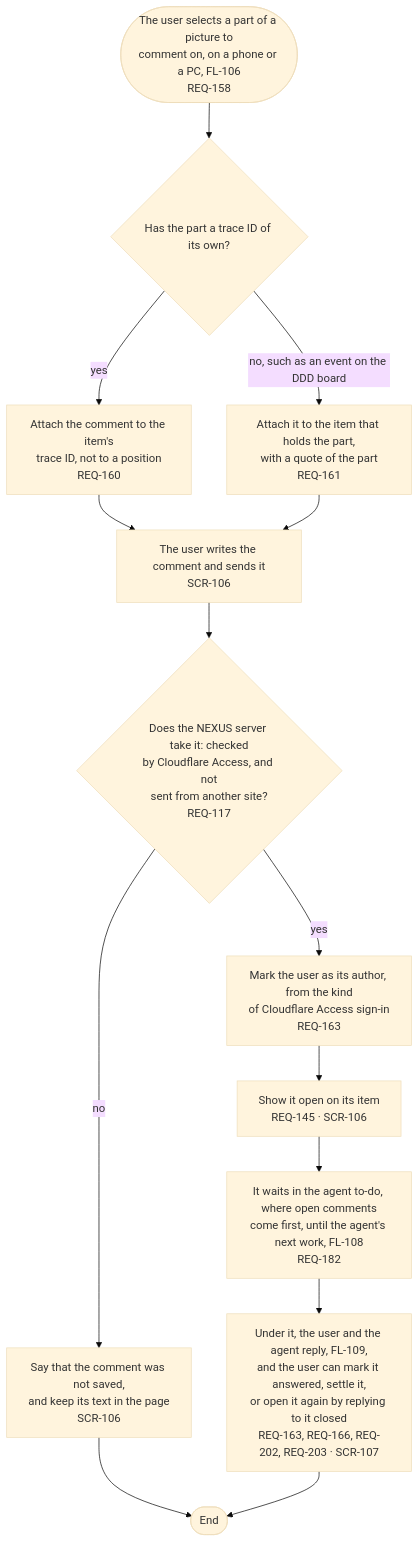
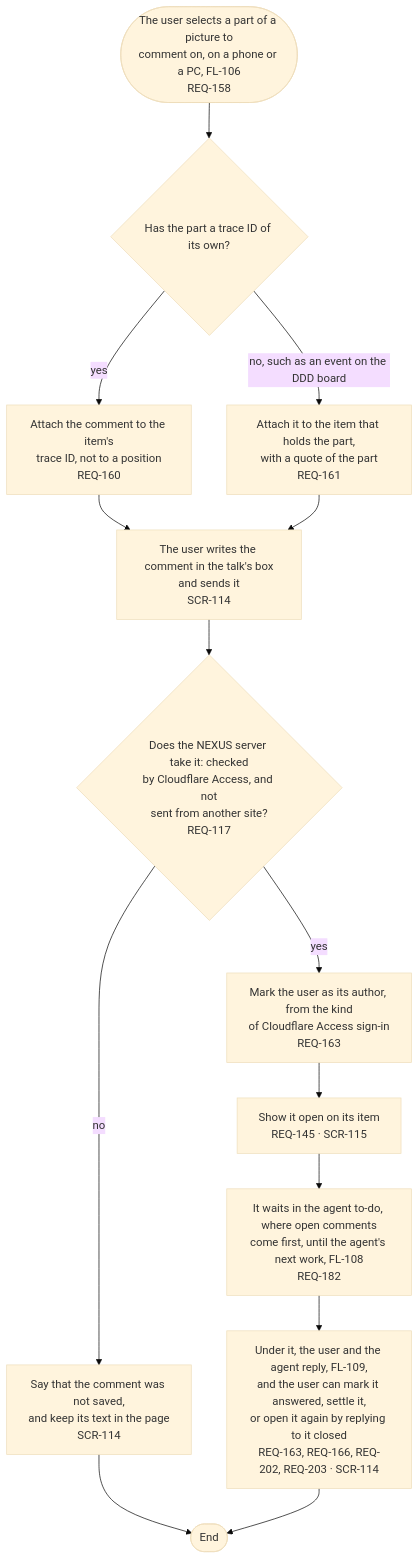
Before and after one commit to kodonghui/corthex-nexus: the diagram in docs/03-user-flow/nexus/FL-107-leave-a-comment.md, drawn with Mermaid (base theme). The commit also changed other lines of this file and 19 other files, not shown here.

First line of the commit message:
docs(nexus): remove 0.2's screens from the sitemap and name the redesign's in five flows (TASK-278)

````diff
--- a/docs/03-user-flow/nexus/FL-107-leave-a-comment.md
+++ b/docs/03-user-flow/nexus/FL-107-leave-a-comment.md
@@ -9,16 +9,16 @@
 ```mermaid
 flowchart TD
   A(["The user selects a part of a picture to<br/>comment on, on a phone or a PC, FL-106<br/>REQ-158"]) --> B{"Has the part a trace ID of its own?"}
   B -->|yes| C["Attach the comment to the item's<br/>trace ID, not to a position<br/>REQ-160"]
   B -->|no, such as an event on the DDD board| D["Attach it to the item that holds the part,<br/>with a quote of the part<br/>REQ-161"]
-  C --> E["The user writes the comment and sends it<br/>SCR-106"]
+  C --> E["The user writes the comment in the talk's box<br/>and sends it<br/>SCR-114"]
   D --> E
   E --> F{"Does the NEXUS server take it: checked<br/>by Cloudflare Access, and not<br/>sent from another site?<br/>REQ-117"}
-  F -->|no| F1["Say that the comment was not saved,<br/>and keep its text in the page<br/>SCR-106"]
+  F -->|no| F1["Say that the comment was not saved,<br/>and keep its text in the page<br/>SCR-114"]
   F1 --> Z(["End"])
   F -->|yes| G["Mark the user as its author, from the kind<br/>of Cloudflare Access sign-in<br/>REQ-163"]
-  G --> H["Show it open on its item<br/>REQ-145 · SCR-106"]
+  G --> H["Show it open on its item<br/>REQ-145 · SCR-115"]
   H --> I["It waits in the agent to-do, where open comments<br/>come first, until the agent's next work, FL-108<br/>REQ-182"]
-  I --> J["Under it, the user and the agent reply, FL-109,<br/>and the user can mark it answered, settle it,<br/>or open it again by replying to it closed<br/>REQ-163, REQ-166, REQ-202, REQ-203 · SCR-107"]
+  I --> J["Under it, the user and the agent reply, FL-109,<br/>and the user can mark it answered, settle it,<br/>or open it again by replying to it closed<br/>REQ-163, REQ-166, REQ-202, REQ-203 · SCR-114"]
   J --> Z
 ```
````
